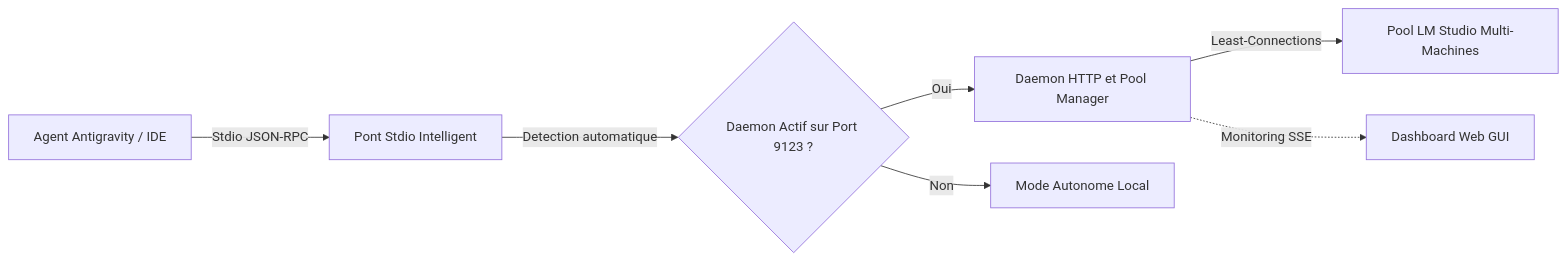
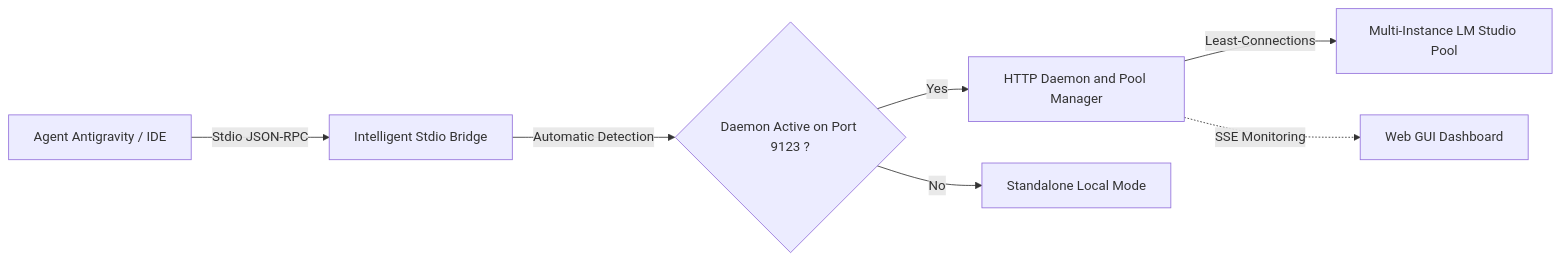
Before and after one commit to Philippe1964/LMStudio_MCP_Connector: the diagram in wiki/Home.md, drawn with Mermaid. The commit also changed other lines of this file and 31 other files, not shown here.

Commit message:
docs(i18n): enforce English as default language across all documentation, code, web GUI, and wiki

````diff
--- a/wiki/Home.md
+++ b/wiki/Home.md
@@ -23,9 +23,9 @@
 ```mermaid
 flowchart LR
-    A["Agent Antigravity / IDE"] -->|"Stdio JSON-RPC"| B["Pont Stdio Intelligent"]
-    B -->|"Detection automatique"| C{"Daemon Actif sur Port 9123 ?"}
-    C -->|"Oui"| D["Daemon HTTP et Pool Manager"]
-    C -->|"Non"| E["Mode Autonome Local"]
-    D -->|"Least-Connections"| F["Pool LM Studio Multi-Machines"]
-    D -.->|"Monitoring SSE"| G["Dashboard Web GUI"]
+    A["Agent Antigravity / IDE"] -->|"Stdio JSON-RPC"| B["Intelligent Stdio Bridge"]
+    B -->|"Automatic Detection"| C{"Daemon Active on Port 9123 ?"}
+    C -->|"Yes"| D["HTTP Daemon and Pool Manager"]
+    C -->|"No"| E["Standalone Local Mode"]
+    D -->|"Least-Connections"| F["Multi-Instance LM Studio Pool"]
+    D -.->|"SSE Monitoring"| G["Web GUI Dashboard"]
 ```
````
